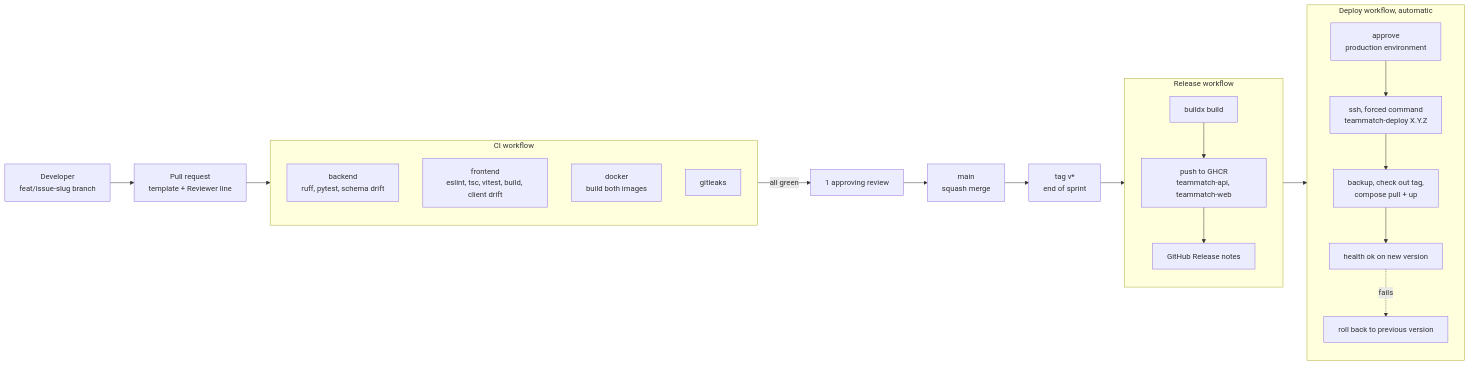
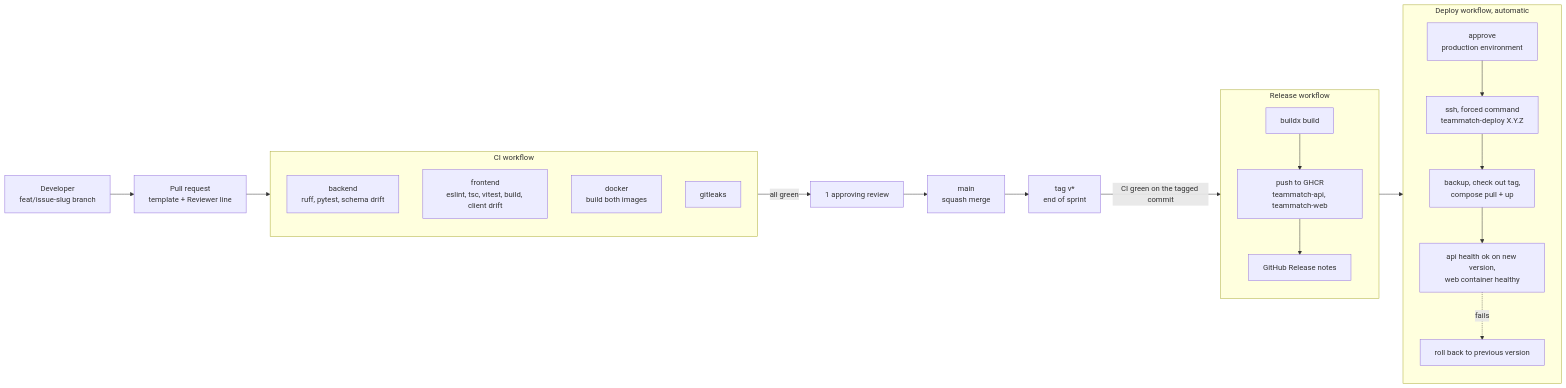
One commit to season101/teammatch changed the second of 2 diagrams in docs/architecture/cicd.md. Above: the diagram before and after it, drawn with Mermaid. The commit also changed other lines of this file and 9 other files, not shown here.

````diff
--- a/docs/architecture/cicd.md
+++ b/docs/architecture/cicd.md
@@ -97,38 +98,38 @@
 ```mermaid
 flowchart LR
     dev["Developer<br/>feat/issue-slug branch"]
     pr["Pull request<br/>template + Reviewer line"]
 
     subgraph ci ["CI workflow"]
         direction TB
         be["backend<br/>ruff, pytest, schema drift"]
         fe["frontend<br/>eslint, tsc, vitest, build, client drift"]
         dk["docker<br/>build both images"]
         gl["gitleaks"]
     end
 
     review["1 approving review"]
     main["main<br/>squash merge"]
     tag["tag v*<br/>end of sprint"]
 
     subgraph rel ["Release workflow"]
         direction TB
         build["buildx build"]
         ghcr["push to GHCR<br/>teammatch-api, teammatch-web"]
         notes["GitHub Release notes"]
     end
 
     subgraph deploy ["Deploy workflow, automatic"]
         direction TB
         approve["approve<br/>production environment"]
         ssh["ssh, forced command<br/>teammatch-deploy X.Y.Z"]
         steps["backup, check out tag,<br/>compose pull + up"]
-        verify["health ok on new version"]
+        verify["api health ok on new version,<br/>web container healthy"]
         rollback["roll back to previous version"]
     end
 
     dev --> pr --> ci
-    ci -->|"all green"| review --> main --> tag --> build --> ghcr --> notes
+    ci -->|"all green"| review --> main --> tag -->|"CI green on the tagged commit"| build --> ghcr --> notes
     notes --> approve --> ssh --> steps --> verify
     verify -.->|"fails"| rollback
 ```
````
